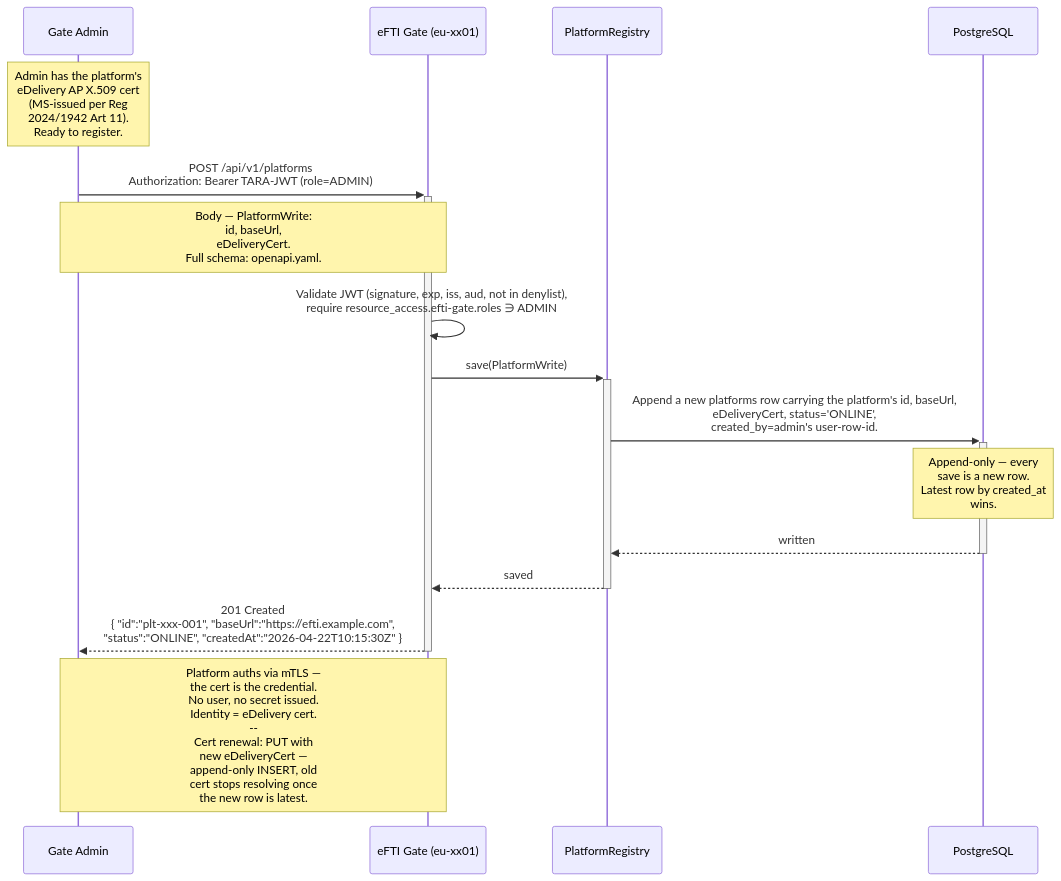
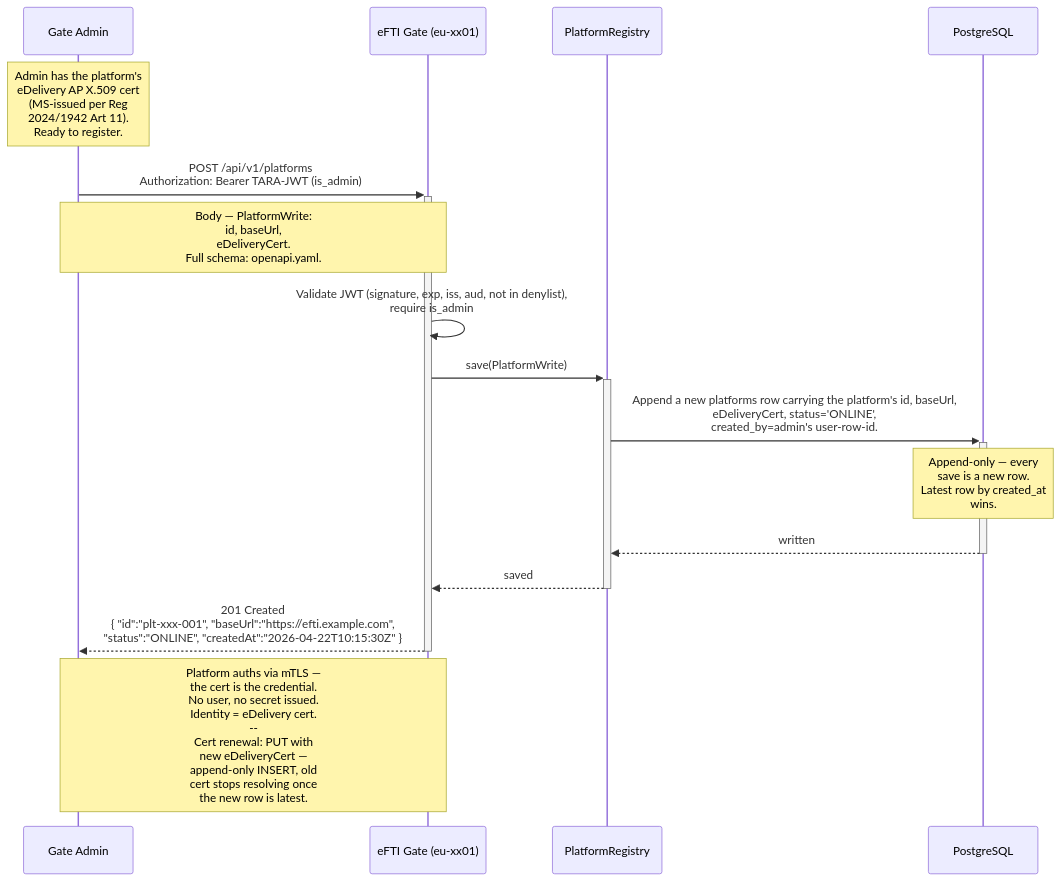
The diagram in docs/specs/diagrams/seq-10-platform-registration.mmd (kemit-ee/efti-gate-ee), drawn with Mermaid before and after one commit. The commit also changed 42 other files, not shown here.

```diff
--- a/docs/specs/diagrams/seq-10-platform-registration.mmd
+++ b/docs/specs/diagrams/seq-10-platform-registration.mmd
@@ -1,22 +1,22 @@
 sequenceDiagram
     participant Admin as Gate Admin
     participant Gate as eFTI Gate (eu-xx01)
     participant PlatformReg as PlatformRegistry
     participant DB as PostgreSQL
 
     Note over Admin: Admin has the platform's<br/>eDelivery AP X.509 cert<br/>(MS-issued per Reg<br/>2024/1942 Art 11).<br/>Ready to register.
 
-    Admin->>+Gate: POST /api/v1/platforms<br/>Authorization: Bearer TARA-JWT (role=ADMIN)
+    Admin->>+Gate: POST /api/v1/platforms<br/>Authorization: Bearer TARA-JWT (is_admin)
     Note over Admin,Gate: Body — PlatformWrite:<br/>id, baseUrl,<br/>eDeliveryCert.<br/>Full schema: openapi.yaml.
 
-    Gate->>Gate: Validate JWT (signature, exp, iss, aud, not in denylist),<br/>require resource_access.efti-gate.roles ∋ ADMIN
+    Gate->>Gate: Validate JWT (signature, exp, iss, aud, not in denylist),<br/>require is_admin
 
     Gate->>+PlatformReg: save(PlatformWrite)
     PlatformReg->>+DB: Append a new platforms row carrying the platform's id, baseUrl,<br/>eDeliveryCert, status='ONLINE',<br/>created_by=admin's user-row-id.
     Note over DB: Append-only — every<br/>save is a new row.<br/>Latest row by created_at<br/>wins.
     DB-->>-PlatformReg: written
     PlatformReg-->>-Gate: saved
 
     Gate-->>-Admin: 201 Created<br/>{ "id":"plt-xxx-001", "baseUrl":"https://efti.example.com",<br/>  "status":"ONLINE", "createdAt":"2026-04-22T10:15:30Z" }
 
     Note over Admin,Gate: Platform auths via mTLS —<br/>the cert is the credential.<br/>No user, no secret issued.<br/>Identity = eDelivery cert.<br/>--<br/>Cert renewal: PUT with<br/>new eDeliveryCert —<br/>append-only INSERT, old<br/>cert stops resolving once<br/>the new row is latest.
```
